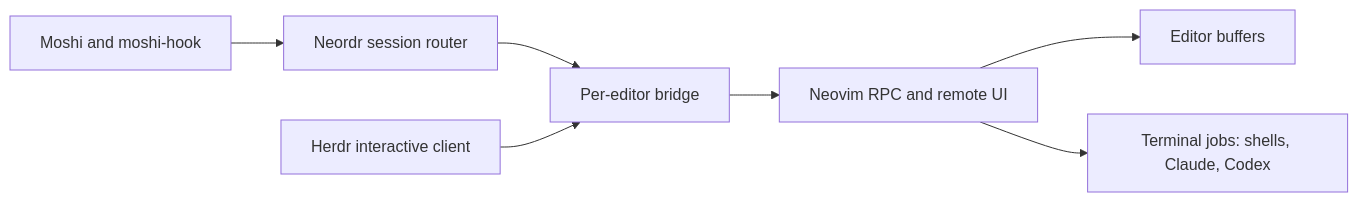
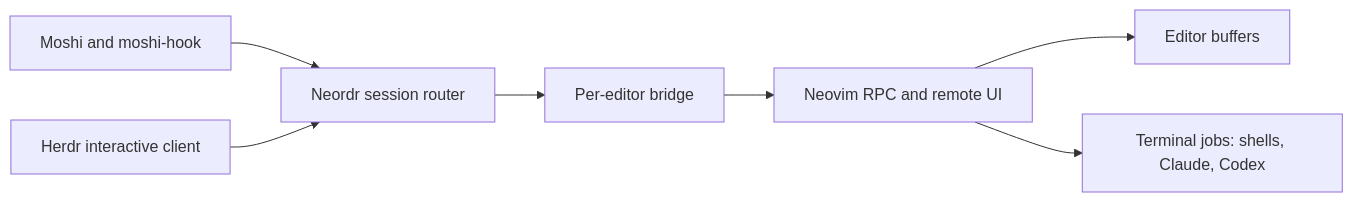
One commit to derekstavis/neordr changed the diagram in README.md. Above: the diagram before and after it, drawn with Mermaid. The commit also changed other lines of this file and 27 other files, not shown here.

````diff
--- a/README.md
+++ b/README.md
@@ -88,9 +88,9 @@
 ```mermaid
 flowchart LR
   M[Moshi and moshi-hook] --> R[Neordr session router]
   R --> B[Per-editor bridge]
-  H[Herdr interactive client] --> B
+  H[Herdr interactive client] --> R
   B --> N[Neovim RPC and remote UI]
   N --> E[Editor buffers]
   N --> T[Terminal jobs: shells, Claude, Codex]
 ```
````
